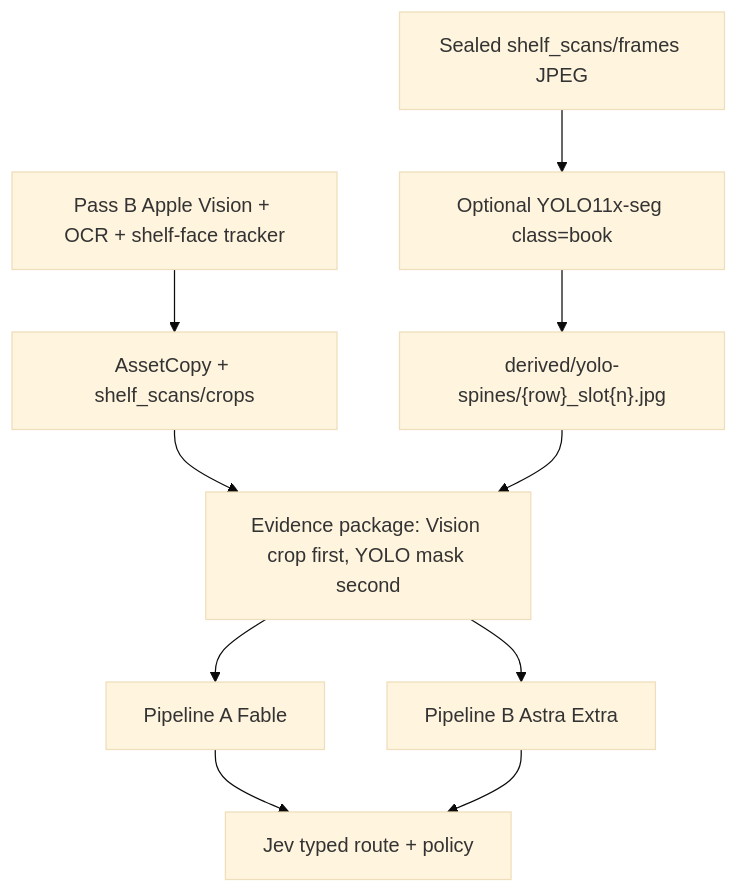
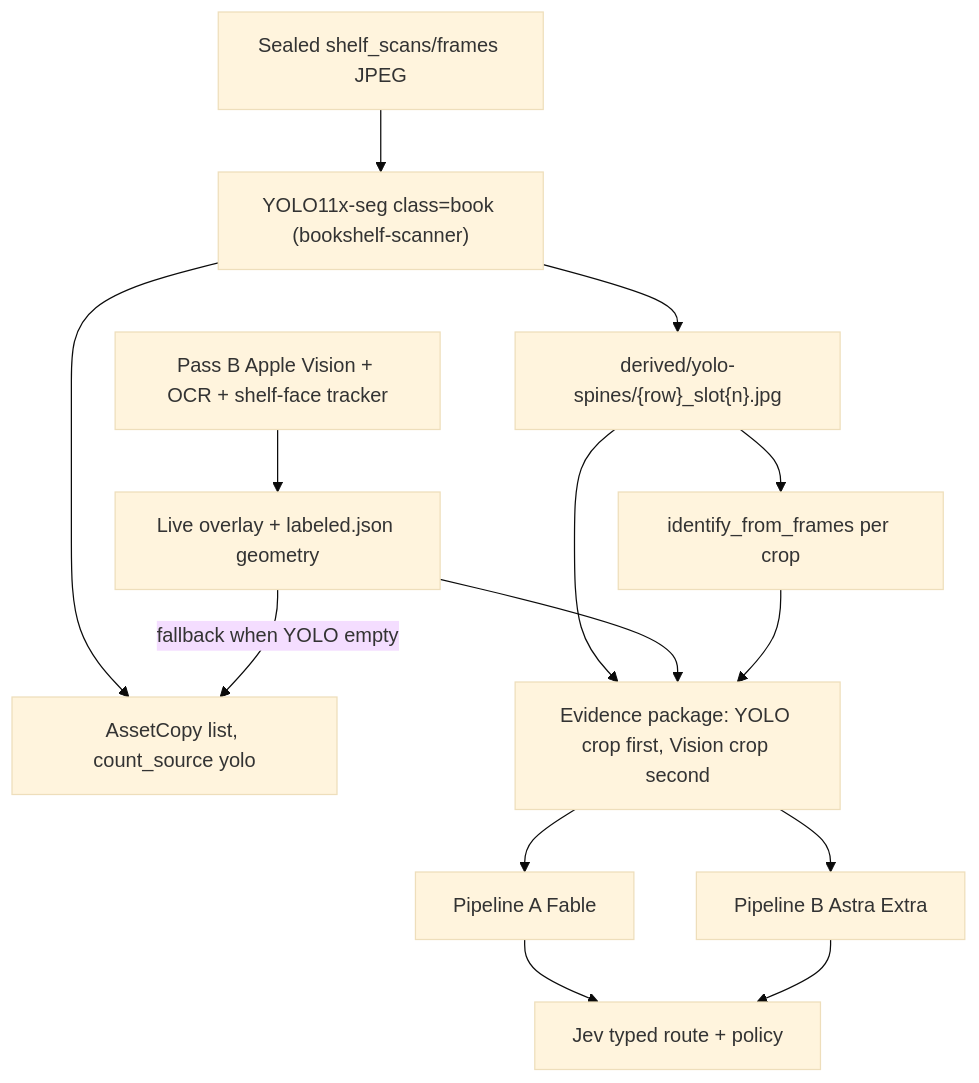
One commit to harshsinha-12/library-estimate changed the seventh of 17 diagrams in docs/architecture.md. Above: the diagram before and after it, drawn with Mermaid (base theme). The commit also changed other lines of this file and 9 other files, not shown here.

First line of the commit message:
Use YOLO as the initial after-seal count and crop source

````diff
--- a/docs/architecture.md
+++ b/docs/architecture.md
@@ -374,12 +374,16 @@
 ```mermaid
 flowchart TB
-  LIVE["Pass B Apple Vision + OCR + shelf-face tracker"] --> COPY["AssetCopy + shelf_scans/crops"]
-  FRAME["Sealed shelf_scans/frames JPEG"] --> YOLO["Optional YOLO11x-seg class=book"]
+  LIVE["Pass B Apple Vision + OCR + shelf-face tracker"] --> OVERLAY["Live overlay + labeled.json geometry"]
+  FRAME["Sealed shelf_scans/frames JPEG"] --> YOLO["YOLO11x-seg class=book (bookshelf-scanner)"]
   YOLO --> MASK["derived/yolo-spines/{row}_slot{n}.jpg"]
-  COPY --> PKG["Evidence package: Vision crop first, YOLO mask second"]
-  MASK --> PKG
+  YOLO --> COPY["AssetCopy list, count_source yolo"]
+  OVERLAY -->|"fallback when YOLO empty"| COPY
+  MASK --> ID["identify_from_frames per crop"]
+  MASK --> PKG["Evidence package: YOLO crop first, Vision crop second"]
+  OVERLAY --> PKG
+  ID --> PKG
   PKG --> FA["Pipeline A Fable"]
   PKG --> AR["Pipeline B Astra Extra"]
   FA --> JEV["Jev typed route + policy"]
   AR --> JEV
 ```
````
